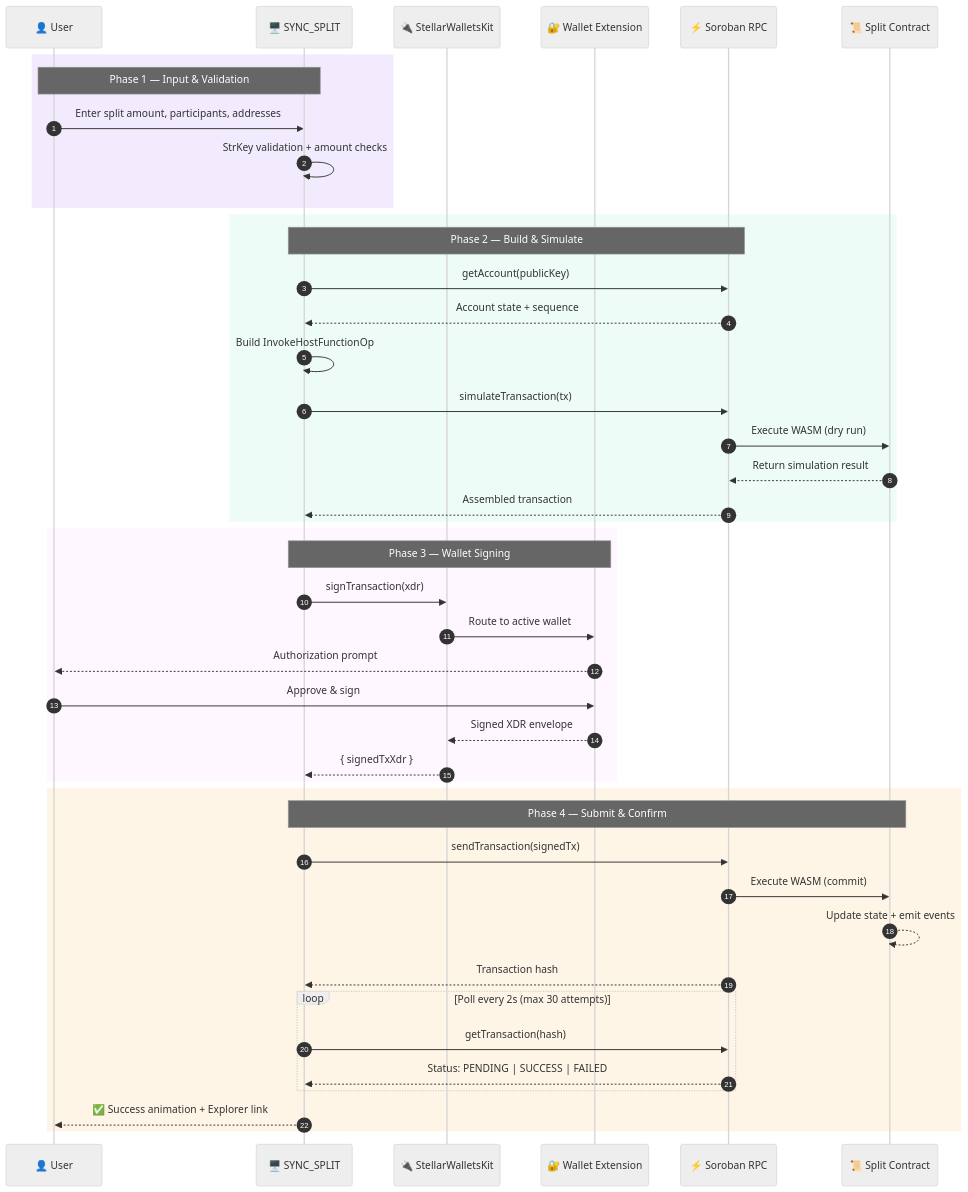
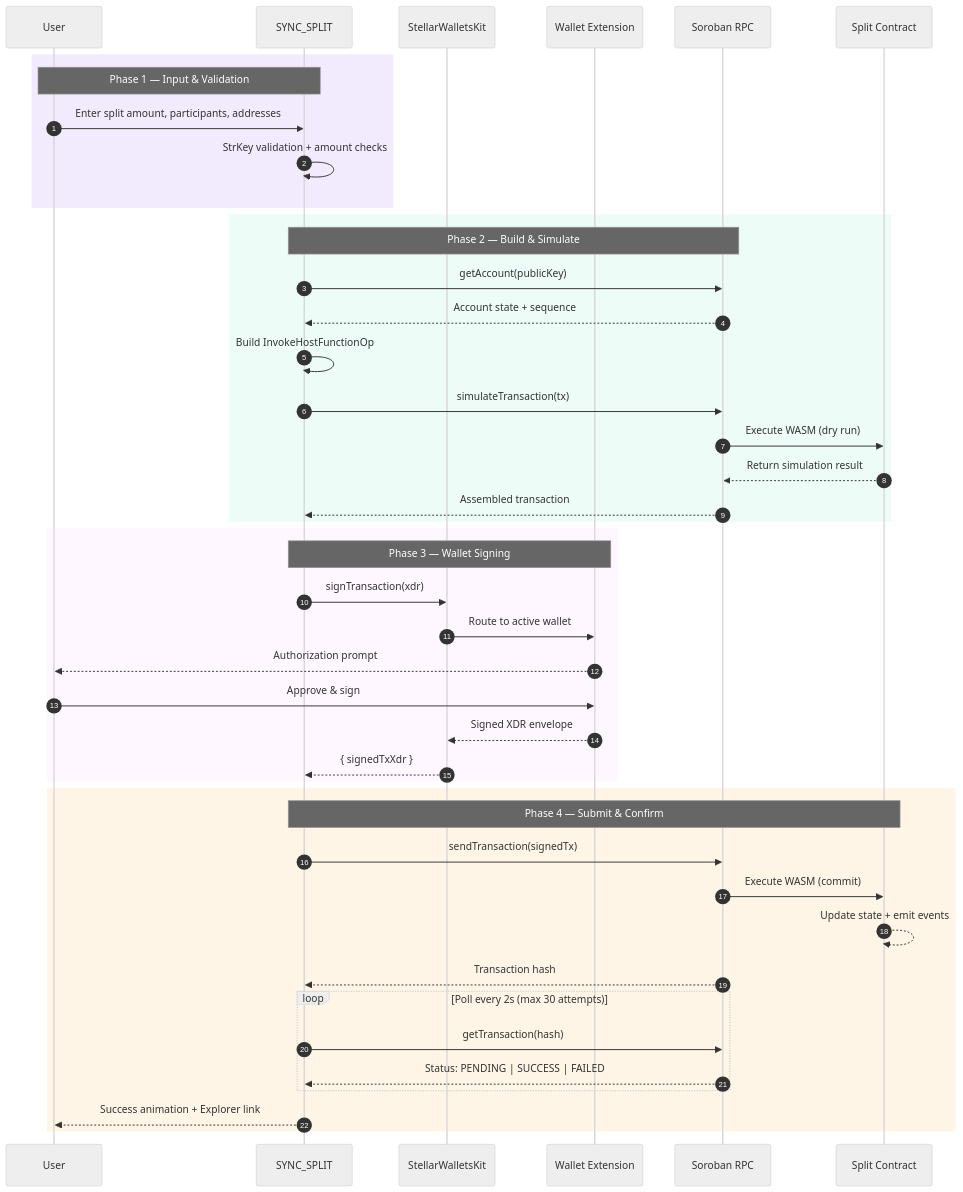
Before and after one commit to Gokul-social/Stellar-Syncsplit: the second of 2 diagrams in README.md, drawn with Mermaid (neutral theme). The commit also changed other lines of this file, not shown here.

Commit message:
Clean README: remove emojis, trim to 2 architecture diagrams

````diff
--- a/README.md
+++ b/README.md
@@ -147,50 +150,50 @@
 ```mermaid
 sequenceDiagram
     autonumber
-    participant U as 👤 User
-    participant App as 🖥️ SYNC_SPLIT
-    participant SWK as 🔌 StellarWalletsKit
-    participant W as 🔐 Wallet Extension
-    participant RPC as ⚡ Soroban RPC
-    participant SC as 📜 Split Contract
+    participant U as User
+    participant App as SYNC_SPLIT
+    participant SWK as StellarWalletsKit
+    participant W as Wallet Extension
+    participant RPC as Soroban RPC
+    participant SC as Split Contract
 
     rect rgba(124, 58, 237, 0.1)
         Note over U,App: Phase 1 — Input & Validation
         U->>App: Enter split amount, participants, addresses
         App->>App: StrKey validation + amount checks
     end
 
     rect rgba(78, 222, 162, 0.1)
         Note over App,RPC: Phase 2 — Build & Simulate
         App->>RPC: getAccount(publicKey)
         RPC-->>App: Account state + sequence
         App->>App: Build InvokeHostFunctionOp
         App->>RPC: simulateTransaction(tx)
         RPC->>SC: Execute WASM (dry run)
         SC-->>RPC: Return simulation result
         RPC-->>App: Assembled transaction
     end
 
     rect rgba(251, 171, 255, 0.1)
         Note over App,W: Phase 3 — Wallet Signing
         App->>SWK: signTransaction(xdr)
         SWK->>W: Route to active wallet
         W-->>U: Authorization prompt
         U->>W: Approve & sign
         W-->>SWK: Signed XDR envelope
         SWK-->>App: { signedTxXdr }
     end
 
     rect rgba(245, 158, 11, 0.1)
         Note over App,SC: Phase 4 — Submit & Confirm
         App->>RPC: sendTransaction(signedTx)
         RPC->>SC: Execute WASM (commit)
         SC-->>SC: Update state + emit events
         RPC-->>App: Transaction hash
         loop Poll every 2s (max 30 attempts)
             App->>RPC: getTransaction(hash)
             RPC-->>App: Status: PENDING | SUCCESS | FAILED
         end
-        App-->>U: ✅ Success animation + Explorer link
+        App-->>U: Success animation + Explorer link
     end
 ```
````
